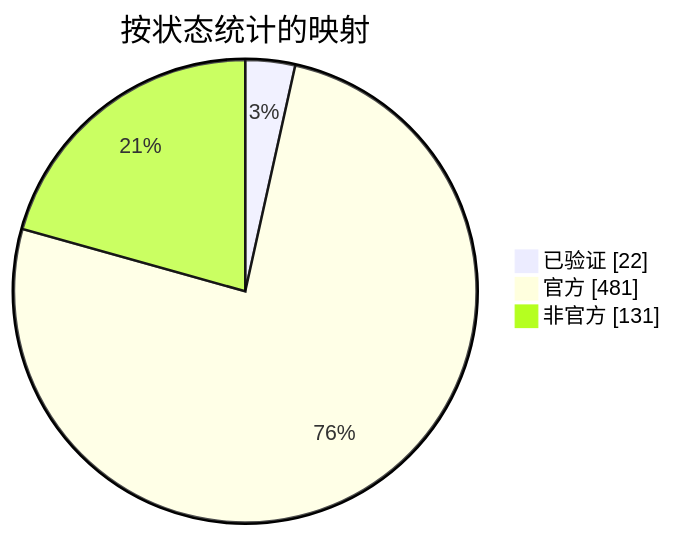
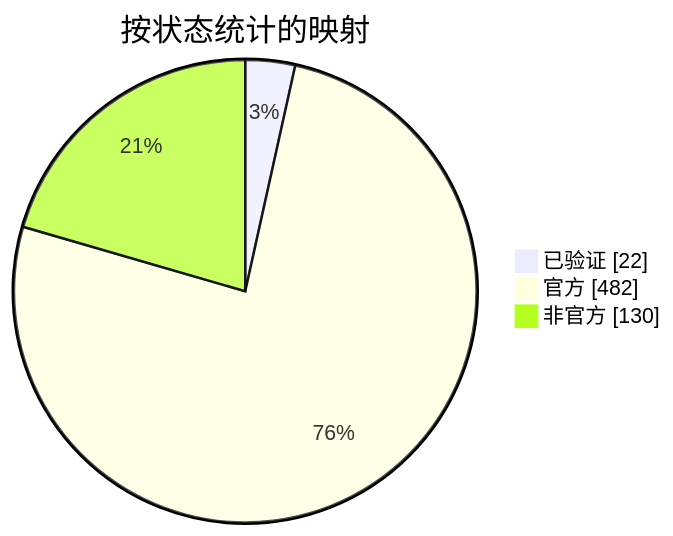
The diagram in docs/readme/README_ZHS.md (nobrega8/mbmap-library), drawn with Mermaid before and after one commit. The commit also changed 6 other files, not shown here.

````diff
--- a/docs/readme/README_ZHS.md
+++ b/docs/readme/README_ZHS.md
@@ -54,7 +54,7 @@
 ```mermaid
 pie showData
     title 按状态统计的映射
     "已验证" : 22
-    "官方" : 481
-    "非官方" : 131
+    "官方" : 482
+    "非官方" : 130
 ```
````
